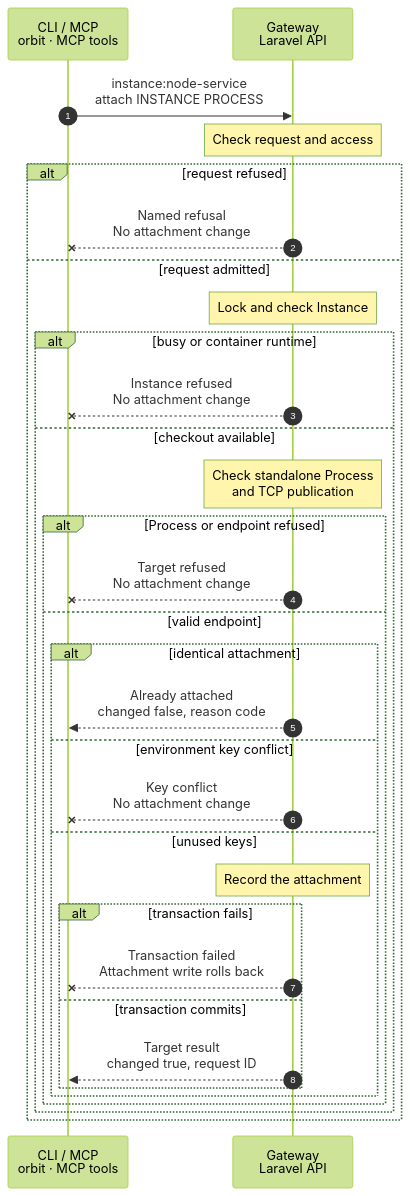
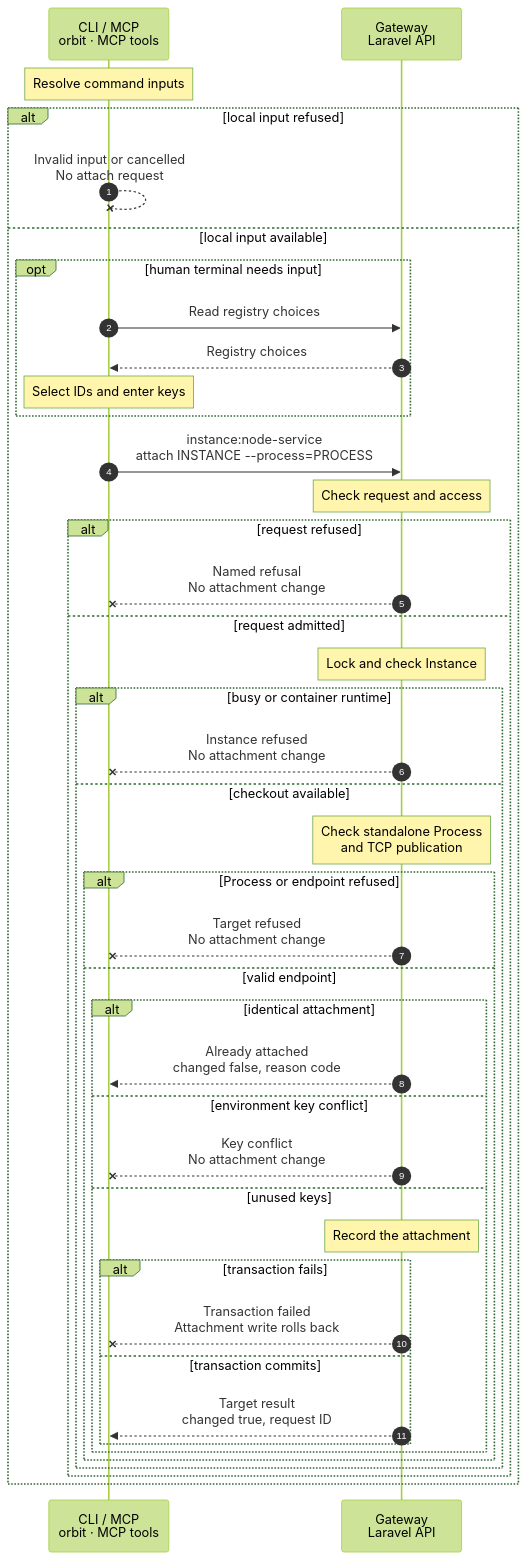
Before and after one commit to hardimpactdev/orbit: the diagram in docs/cli/instance/node-service-attach.mmd, drawn with Mermaid (forest theme). The commit also changed 12 other files, not shown here.

Commit message:
fix(cli): repair node service validation prompts and flows

```diff
--- a/docs/cli/instance/node-service-attach.mmd
+++ b/docs/cli/instance/node-service-attach.mmd
@@ -1,58 +1,76 @@
 sequenceDiagram
   %% Record-only attachment: recorded Process intent, no Node execution.
   %% status: draft
   %% command: instance:node-service:attach
   %% kind: instance.node_service_attach
   autonumber
   %% lane CLI icon=terminal pill=caller tone=gray
   %% lane GW icon=gateway pill=intent tone=blue
   participant CLI as CLI / MCP<br/>orbit · MCP tools
   participant GW as Gateway<br/>Laravel API
-  CLI->>GW: instance:node-service<br/>attach INSTANCE PROCESS
-  %%> Command:
-  %%> - orbit instance:node-service:attach INSTANCE --process=PROCESS --host-env-key=KEY --port-env-key=KEY
-  %%> - syntax: instance:node-service:attach
-  %%> On failure:
-  %%> - The CLI refuses missing required options or invalid numeric IDs and port ranges before sending.
-  Note over GW: Check request and access
-  %%> On failure:
-  %%> - peer.identity_unknown, node_access.required or http.404 refuses the caller or numeric Instance.
-  %%> - validation.failed refuses invalid body fields or environment keys.
-  alt request refused
-    GW--xCLI: Named refusal<br/>No attachment change
-  else request admitted
-    Note over GW: Lock and check Instance
-    alt busy or container runtime
-      GW--xCLI: Instance refused<br/>No attachment change
-      %%> On failure:
-      %%> - instance.lifecycle_busy refuses an inactive Instance, running migration or detach.
-      %%> - instance.node_service_runtime_unsupported refuses an existing container runtime.
-    else checkout available
-      Note over GW: Check standalone Process<br/>and TCP publication
-      %%> Why:
-      %%> - Admission uses recorded ownership, desired state and Docker publication; it contacts no Node.
-      alt Process or endpoint refused
-        GW--xCLI: Target refused<br/>No attachment change
+  Note over CLI: Resolve command inputs
+  alt local input refused
+    CLI--xCLI: Invalid input or cancelled<br/>No attach request
+    %%> On failure:
+    %%> - instance.id_invalid refuses a non-positive Instance ID or a missing noninteractive Instance.
+    %%> - instance.node_service_process_required, instance.node_service_host_key_required and instance.node_service_port_key_required refuse missing required inputs in JSON or noninteractive mode, or an empty registry selection.
+    %%> - validation.failed refuses an invalid supplied Process ID or port, including an explicitly empty port.
+    %%> - input.cancelled ends a cancelled terminal selection or text prompt before mutation.
+    %%> - State stays unchanged. Invalid supplied IDs or port and missing noninteractive inputs send no request. Terminal cancellation or empty choices can follow registry reads.
+  else local input available
+    opt human terminal needs input
+      CLI->>GW: Read registry choices
+      GW-->>CLI: Registry choices
+      Note over CLI: Select IDs and enter keys
+      %%> When:
+      %%> - Omitted IDs use registry data lists; omitted environment keys use validated text prompts. Reads may refuse without an attachment change.
+    end
+    CLI->>GW: instance:node-service<br/>attach INSTANCE --process=PROCESS
+    %%> Command:
+    %%> - orbit instance:node-service:attach INSTANCE --process=PROCESS --host-env-key=KEY --port-env-key=KEY
+    %%> - syntax: instance:node-service:attach
+    Note over GW: Check request and access
+    %%> On failure:
+    %%> - peer.identity_unknown, node_access.required or http.404 refuses the caller or numeric Instance.
+    %%> - validation.failed refuses invalid body fields or environment keys.
+    alt request refused
+      GW--xCLI: Named refusal<br/>No attachment change
+    else request admitted
+      Note over GW: Lock and check Instance
+      alt busy or container runtime
+        GW--xCLI: Instance refused<br/>No attachment change
         %%> On failure:
-        %%> - Missing, remote, service-owned or stopped Processes and non-TCP protocols return named refusals.
-        %%> - Ambiguous, unpublished, reserved or private-only ports and a missing bridge return named refusals.
-      else valid endpoint
-        alt identical attachment
-          GW-->>CLI: Already attached<br/>changed false, reason code
-          %%> Result:
-          %%> - instance.node_service_target_unchanged succeeds without a new record.
-        else environment key conflict
-          GW--xCLI: Key conflict<br/>No attachment change
+        %%> - instance.lifecycle_busy refuses an inactive Instance, running migration or detach.
+        %%> - instance.node_service_runtime_unsupported refuses an existing container runtime.
+      else checkout available
+        Note over GW: Check standalone Process<br/>and TCP publication
+        %%> Why:
+        %%> - Admission uses recorded ownership, desired state and Docker publication; it contacts no Node.
+        alt Process or endpoint refused
+          GW--xCLI: Target refused<br/>No attachment change
           %%> On failure:
-          %%> - instance.node_service_environment_conflict requires detaching the old record before a correction.
-        else unused keys
-          Note over GW: Record the attachment
-          alt transaction fails
-            GW--xCLI: Transaction failed<br/>Attachment write rolls back
-          else transaction commits
-            GW-->>CLI: Target result<br/>changed true, request ID
+          %%> - instance.node_service_process_missing, instance.node_service_remote_node and instance.node_service_process_owned refuse an unknown, non-Node, remote or service-owned Process.
+          %%> - instance.node_service_protocol_unsupported and instance.node_service_process_stopped refuse non-TCP or desired-stopped targets.
+          %%> - instance.node_service_port_required and instance.node_service_port_unpublished refuse an omitted choice among several ports or an unpublished TCP host port.
+          %%> - instance.node_service_port_reserved, instance.host_unavailable and instance.node_service_listener_private refuse infrastructure ports, a missing bridge or private-only binding.
+        else valid endpoint
+          alt identical attachment
+            GW-->>CLI: Already attached<br/>changed false, reason code
+            %%> When:
+            %%> - The Process, port and both keys match the existing record; its stable skip reason is instance.node_service_target_unchanged.
+          else environment key conflict
+            GW--xCLI: Key conflict<br/>No attachment change
+            %%> On failure:
+            %%> - instance.node_service_environment_conflict requires detaching the old record before a correction.
+          else unused keys
+            Note over GW: Record the attachment
+            alt transaction fails
+              GW--xCLI: Transaction failed<br/>Attachment write rolls back
+            else transaction commits
+              GW-->>CLI: Target result<br/>changed true, request ID
+            end
           end
         end
       end
     end
   end
```
